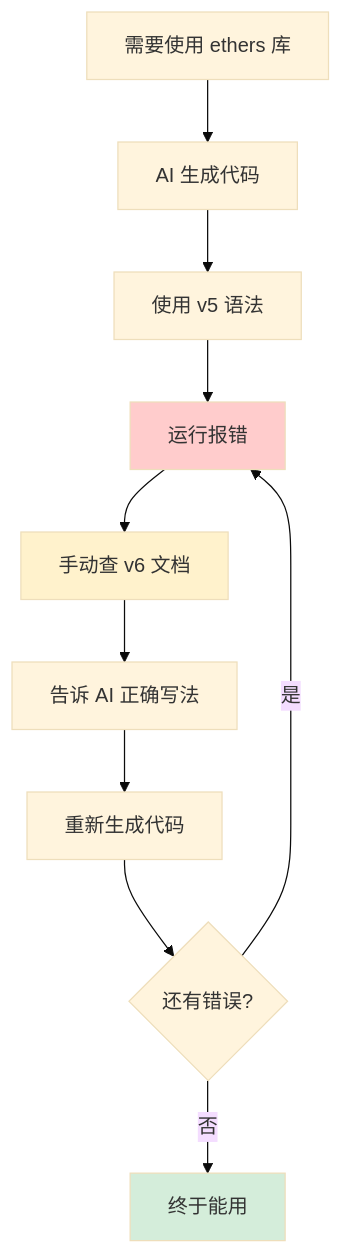
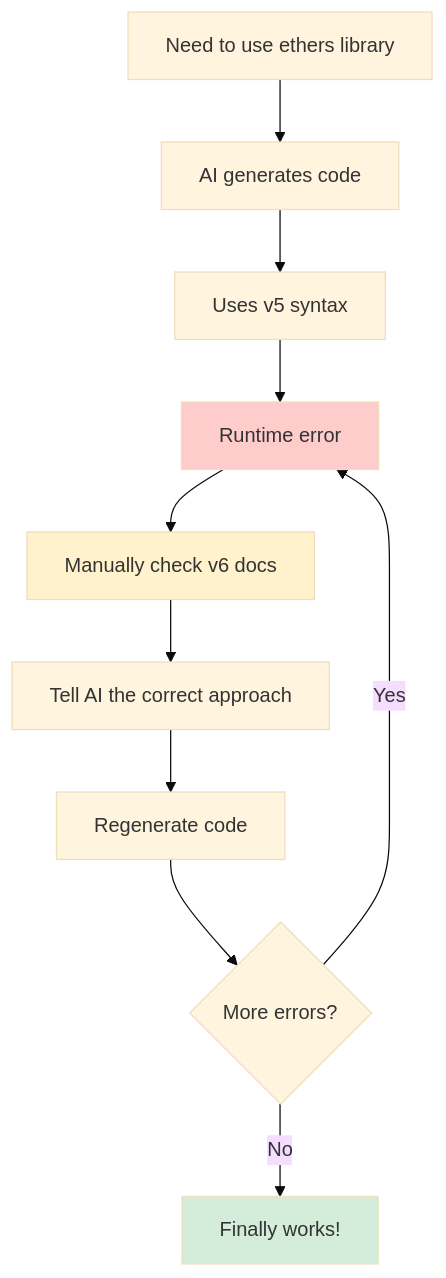
One commit to woodywang/woodywang.github.io changed the first of 4 diagrams in _posts/2025-09-05-claude-code-mcp-recommendations-en.md. Above: the diagram before and after it, drawn with Mermaid (base theme). The commit also changed other lines of this file and 5 other files, not shown here.

First line of the commit message:
fix: translate Chinese text in mermaid diagrams across all English posts

````diff
--- a/_posts/2025-09-05-claude-code-mcp-recommendations-en.md
+++ b/_posts/2025-09-05-claude-code-mcp-recommendations-en.md
@@ -20,16 +20,16 @@
 ```mermaid
 graph TD
-    A[需要使用 ethers 库] --> B[AI 生成代码]
-    B --> C[使用 v5 语法]
-    C --> D[运行报错]
-    D --> E[手动查 v6 文档]
-    E --> F[告诉 AI 正确写法]
-    F --> G[重新生成代码]
-    G --> H{还有错误?}
-    H -->|是| D
-    H -->|否| I[终于能用]
+    A[Need to use ethers library] --> B[AI generates code]
+    B --> C[Uses v5 syntax]
+    C --> D[Runtime error]
+    D --> E[Manually check v6 docs]
+    E --> F[Tell AI the correct approach]
+    F --> G[Regenerate code]
+    G --> H{More errors?}
+    H -->|Yes| D
+    H -->|No| I[Finally works!]
 
     style D fill:#ffcccc
     style E fill:#fff2cc
     style I fill:#d4edda
 ```
````
